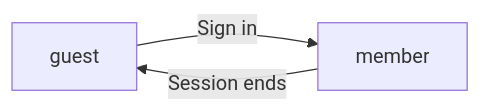
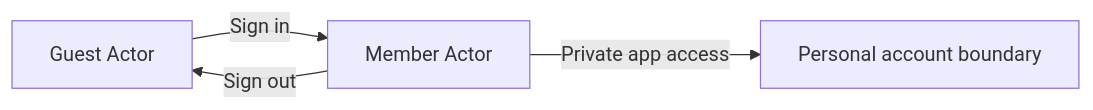
The first of 10 diagrams in openai/gpt-5.4-mini/todo/docs/analysis/01-actors-and-auth.md (wrtnlabs/autobe-examples), drawn with Mermaid before and after one commit. The commit also changed other lines of this file and 6645 other files, not shown here.

````diff
--- a/openai/gpt-5.4-mini/todo/docs/analysis/01-actors-and-auth.md
+++ b/openai/gpt-5.4-mini/todo/docs/analysis/01-actors-and-auth.md
@@ -36,5 +40,6 @@
 ```mermaid
 flowchart LR
-    A["guest"] -->|"Sign in"| B["member"]
-    B["member"] -->|"Session ends"| A["guest"]
+    A["Guest Actor"] -->|"Sign in"| B["Member Actor"]
+    B -->|"Private app access"| C["Personal account boundary"]
+    B -->|"Sign out"| A
 ```
````
